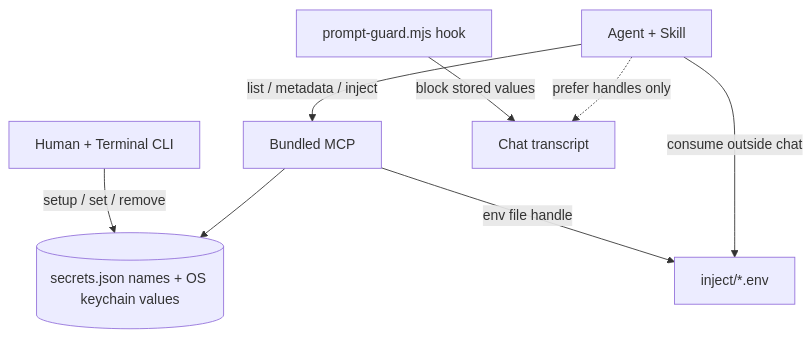
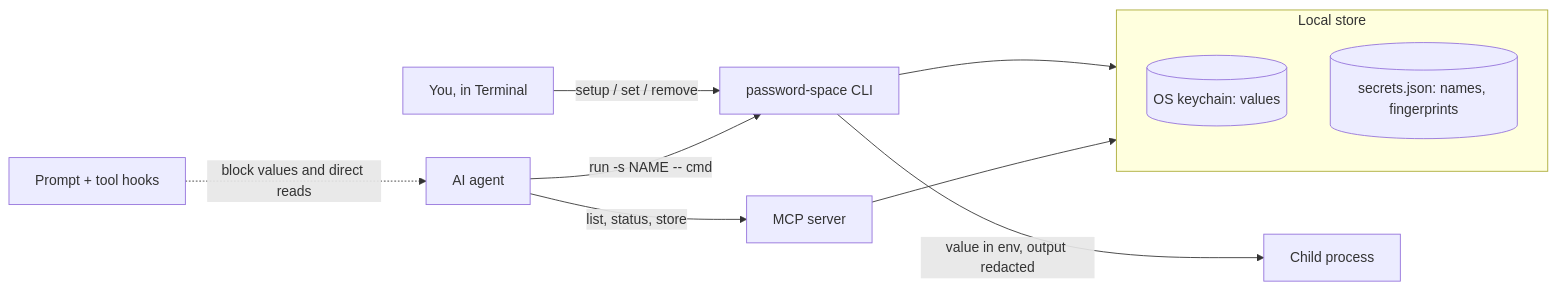
The diagram in README.md (vishnutvm/password-space), drawn with Mermaid before and after one commit. The commit also changed other lines of this file and 40 other files, not shown here.

````diff
--- a/README.md
+++ b/README.md
@@ -285,10 +144,14 @@
 ```mermaid
-flowchart TB
-  Human[Human + Terminal CLI] -->|setup / set / remove| Store[(secrets.json names + OS keychain values)]
-  Agent[Agent + Skill] -->|list / metadata / inject| MCP[Bundled MCP]
+flowchart LR
+  Human[You, in Terminal] -->|setup / set / remove| CLI[password-space CLI]
+  CLI --> Store
+  subgraph Store[Local store]
+    KC[(OS keychain: values)]
+    JSON[(secrets.json: names, fingerprints)]
+  end
+  Agent[AI agent] -->|list, status, store| MCP[MCP server]
   MCP --> Store
-  MCP -->|env file handle| Inject[inject/*.env]
-  Agent -->|consume outside chat| Inject
-  Hook[prompt-guard.mjs hook] -->|block stored values| Chat[Chat transcript]
-  Agent -.->|prefer handles only| Chat
+  Agent -->|run -s NAME -- cmd| CLI
+  CLI -->|value in env, output redacted| Cmd[Child process]
+  Hooks[Prompt + tool hooks] -.->|block values and direct reads| Agent
 ```
````
